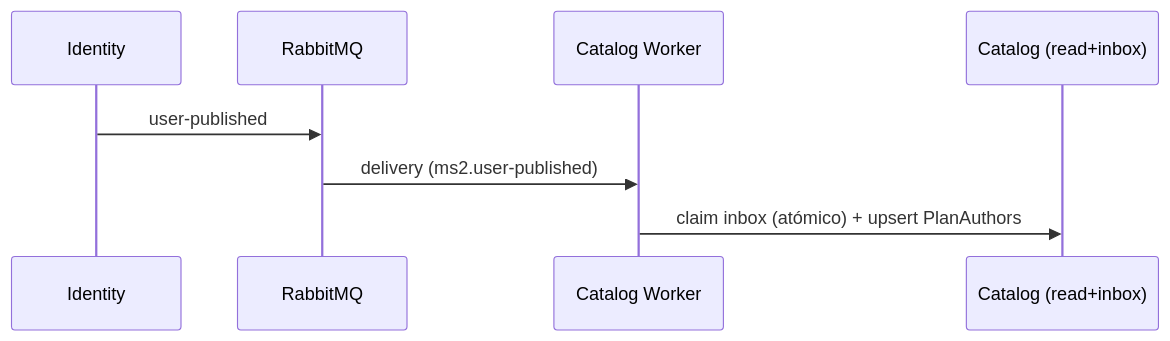
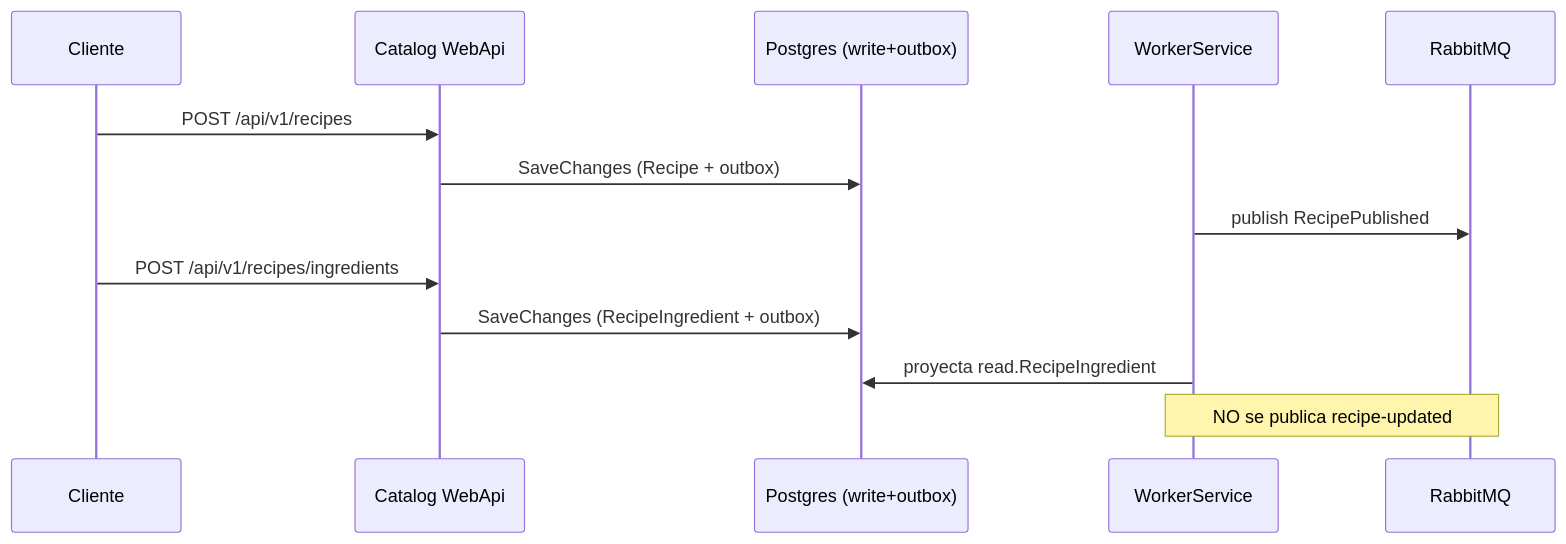
One commit to Nur-tricenter/knowledge changed the second of 5 diagrams in services/ms2-catalog/flows.md. Above: the diagram before and after it, drawn with Mermaid. The commit also changed other lines of this file and 10 other files, not shown here.

````diff
--- a/services/ms2-catalog/flows.md
+++ b/services/ms2-catalog/flows.md
@@ -20,10 +44,15 @@
 ```mermaid
 sequenceDiagram
-  participant ID as Identity
+  participant C as Cliente
+  participant API as Catalog WebApi
+  participant DB as Postgres (write+outbox)
+  participant W as WorkerService
   participant MQ as RabbitMQ
-  participant CAT as Catalog Worker
-  participant DB as Catalog (read+inbox)
-  ID->>MQ: user-published
-  MQ->>CAT: delivery (ms2.user-published)
-  CAT->>DB: claim inbox (atómico) + upsert PlanAuthors
+  C->>API: POST /api/v1/recipes
+  API->>DB: SaveChanges (Recipe + outbox)
+  W->>MQ: publish RecipePublished
+  C->>API: POST /api/v1/recipes/ingredients
+  API->>DB: SaveChanges (RecipeIngredient + outbox)
+  W->>DB: proyecta read.RecipeIngredient
+  Note over W,MQ: NO se publica recipe-updated
 ```
````
